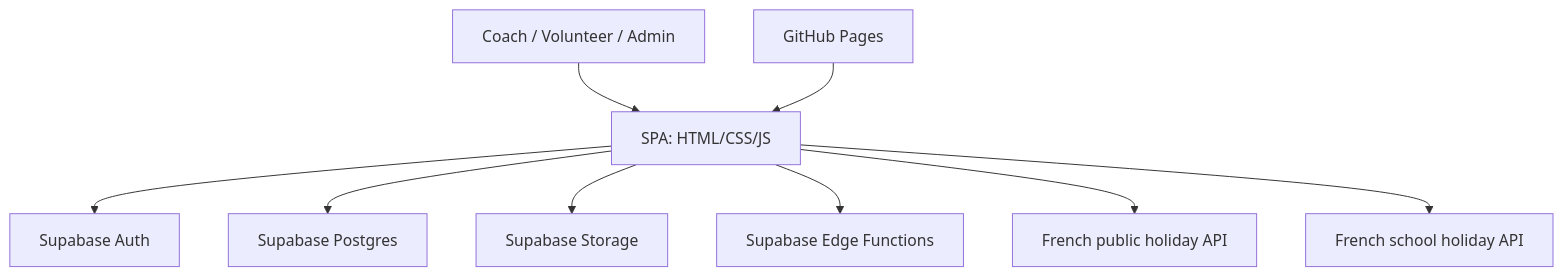
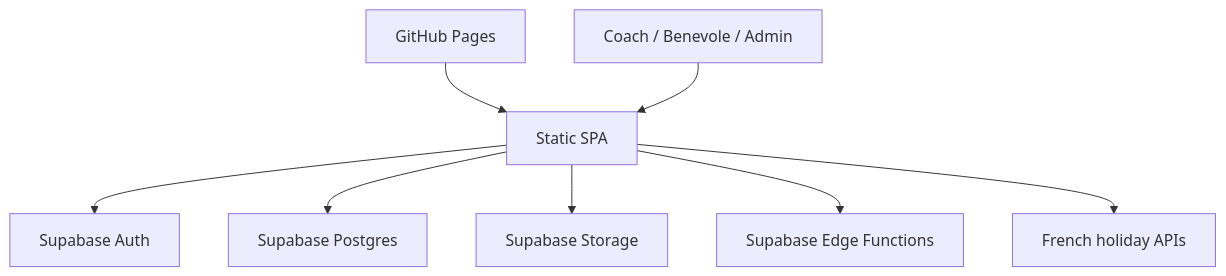
One commit to gaelc08/judo-coach-tracker changed the diagram in docs/technical-architecture.md. Above: the diagram before and after it, drawn with Mermaid. The commit also changed other lines of this file and 6 other files, not shown here.

````diff
--- a/docs/technical-architecture.md
+++ b/docs/technical-architecture.md
@@ -21,21 +15,19 @@
 ```mermaid
 flowchart TD
-  User[Coach / Volunteer / Admin]
-  Browser[SPA: HTML/CSS/JS]
-  Hosting[GitHub Pages]
+  User[Coach / Benevole / Admin]
+  Browser[Static SPA]
+  Pages[GitHub Pages]
   Auth[Supabase Auth]
-  DB[Supabase Postgres]
+  Db[Supabase Postgres]
   Storage[Supabase Storage]
   Edge[Supabase Edge Functions]
-  Ext1[French public holiday API]
-  Ext2[French school holiday API]
+  Holidays[French holiday APIs]
 
+  Pages --> Browser
   User --> Browser
-  Hosting --> Browser
   Browser --> Auth
-  Browser --> DB
+  Browser --> Db
   Browser --> Storage
   Browser --> Edge
-  Browser --> Ext1
-  Browser --> Ext2
+  Browser --> Holidays
 ```
````
